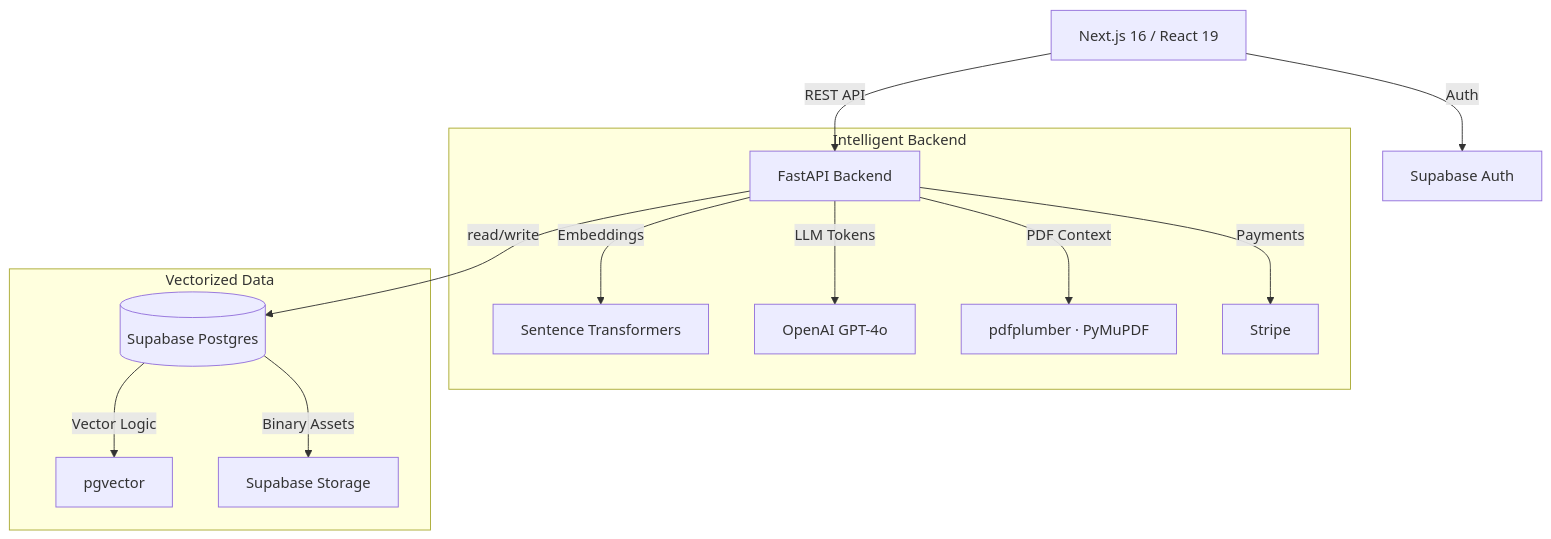
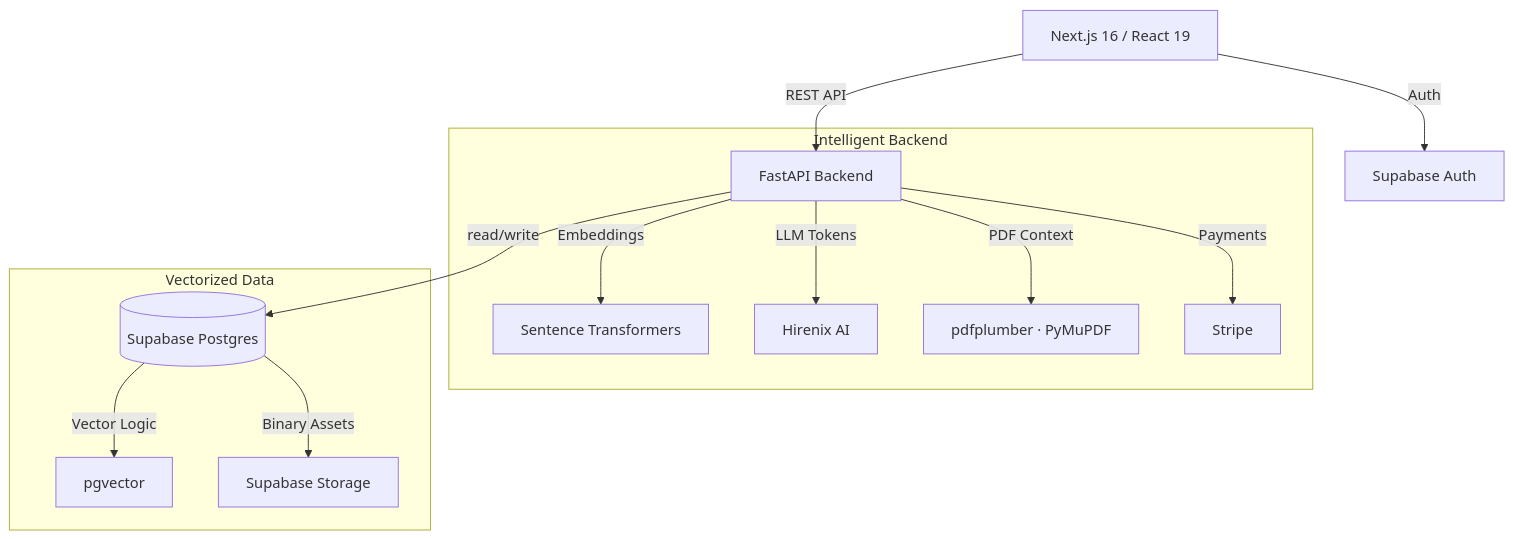
The diagram in README.md (SudoAnirudh/Hirenix), drawn with Mermaid before and after one commit. The commit also changed other lines of this file and 9 other files, not shown here.

````diff
--- a/README.md
+++ b/README.md
@@ -65,18 +65,18 @@
 ```mermaid
 graph TD
     Client[Next.js 16 / React 19] -->|REST API| API[FastAPI Backend]
     Client -->|Auth| SupabaseAuth[Supabase Auth]
 
     subgraph "Intelligent Backend"
         API -->|Embeddings| ST[Sentence Transformers]
-        API -->|LLM Tokens| OpenAI[OpenAI GPT-4o]
+        API -->|LLM Tokens| HirenixAI[Hirenix AI]
         API -->|PDF Context| PDF[pdfplumber · PyMuPDF]
         API -->|Payments| Stripe[Stripe]
     end
 
     subgraph "Vectorized Data"
         API -->|read/write| DB[(Supabase Postgres)]
         DB -->|Vector Logic| PgVector[pgvector]
         DB -->|Binary Assets| S3[Supabase Storage]
     end
 ```
````
